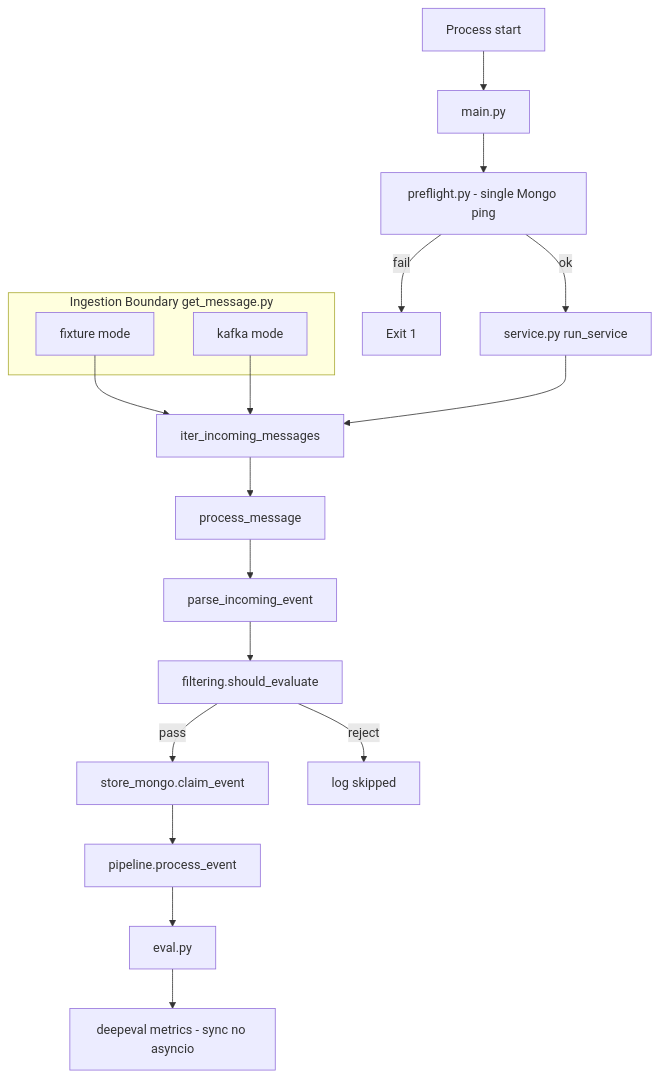
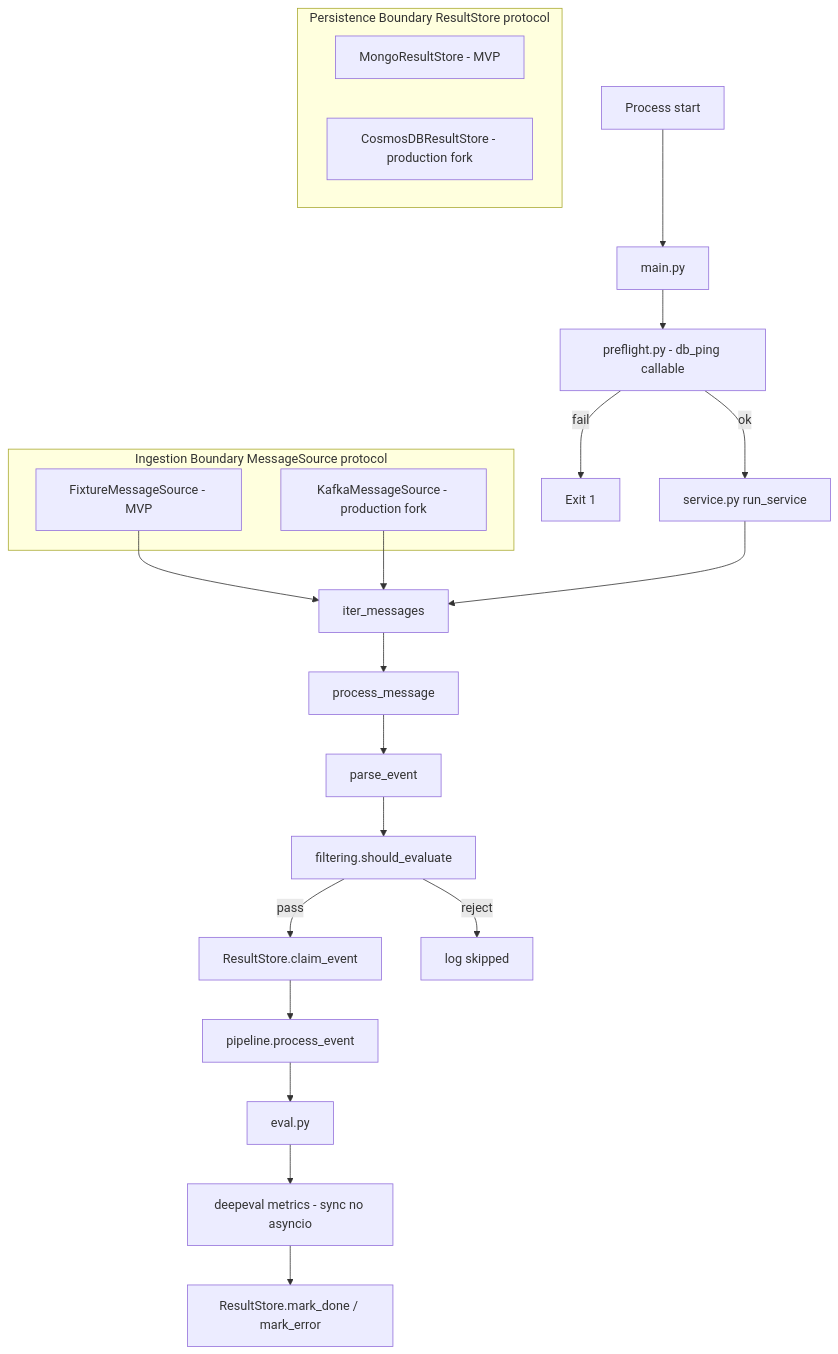
The third of 3 diagrams in docs/flowcharts.md (JaakkoLipp/Thesis_LLM_DeepEval_OSS), drawn with Mermaid before and after one commit. The commit also changed other lines of this file and 27 other files, not shown here.

````diff
--- a/docs/flowcharts.md
+++ b/docs/flowcharts.md
@@ -62,25 +62,31 @@
 ```mermaid
 flowchart TD
     A[Process start] --> B[main.py]
-    B --> C[preflight.py - single Mongo ping]
+    B --> C[preflight.py - db_ping callable]
     C -->|ok| D[service.py run_service]
     C -->|fail| E[Exit 1]
 
-    subgraph Ingestion Boundary get_message.py
-      F1[fixture mode]
-      F2[kafka mode]
+    subgraph Ingestion Boundary MessageSource protocol
+      F1[FixtureMessageSource - MVP]
+      F2[KafkaMessageSource - production fork]
     end
 
-    F1 --> G[iter_incoming_messages]
+    subgraph Persistence Boundary ResultStore protocol
+      S1[MongoResultStore - MVP]
+      S2[CosmosDBResultStore - production fork]
+    end
+
+    F1 --> G[iter_messages]
     F2 --> G
 
     D --> G
     G --> H[process_message]
-    H --> I[parse_incoming_event]
+    H --> I[parse_event]
     I --> FIL[filtering.should_evaluate]
-    FIL -->|pass| J[store_mongo.claim_event]
+    FIL -->|pass| J[ResultStore.claim_event]
     J --> K[pipeline.process_event]
     K --> L[eval.py]
     L --> M[deepeval metrics - sync no asyncio]
+    M --> N[ResultStore.mark_done / mark_error]
     FIL -->|reject| SKIP[log skipped]
 ```
````
